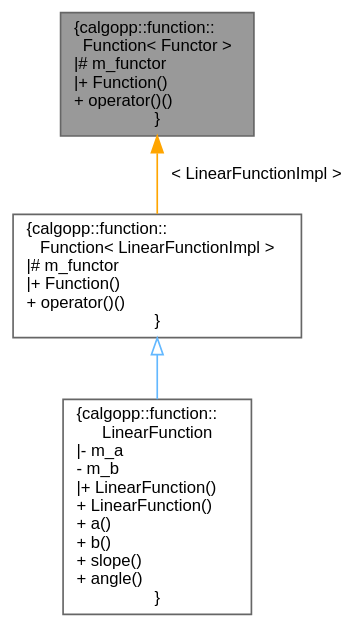
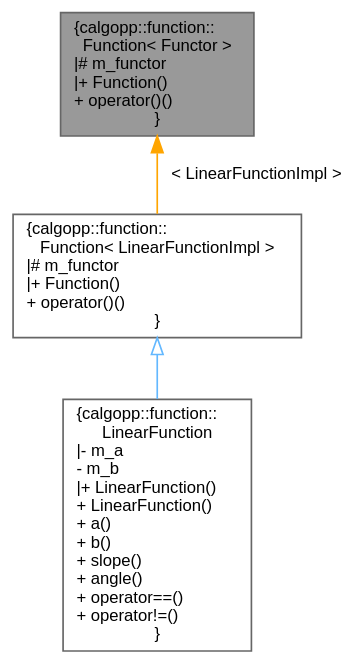
Before and after one commit to pawelekg95/algopp: the diagram in classcalgopp_1_1function_1_1Function__inherit__graph.dot, drawn with Graphviz. The commit also changed 10 other files, not shown here.

```diff
--- a/classcalgopp_1_1function_1_1Function__inherit__graph.dot
+++ b/classcalgopp_1_1function_1_1Function__inherit__graph.dot
@@ -1,12 +1,12 @@
 digraph "calgopp::function::Function&lt; Functor &gt;"
 {
  // LATEX_PDF_SIZE
   bgcolor="transparent";
   edge [fontname=Helvetica,fontsize=10,labelfontname=Helvetica,labelfontsize=10];
   node [fontname=Helvetica,fontsize=10,shape=box,height=0.2,width=0.4];
   Node1 [label="{calgopp::function::\lFunction\< Functor \>\n|# m_functor\l|+ Function()\l+ operator()()\l}",height=0.2,width=0.4,color="gray40", fillcolor="grey60", style="filled", fontcolor="black",tooltip=" "];
   Node1 -> Node2 [dir="back",color="orange",style="solid",label=" \< LinearFunctionImpl \>" ];
   Node2 [label="{calgopp::function::\lFunction\< LinearFunctionImpl \>\n|# m_functor\l|+ Function()\l+ operator()()\l}",height=0.2,width=0.4,color="gray40", fillcolor="white", style="filled",URL="$classcalgopp_1_1function_1_1Function.html",tooltip=" "];
   Node2 -> Node3 [dir="back",color="steelblue1",style="solid",arrowtail="onormal"];
-  Node3 [label="{calgopp::function::\lLinearFunction\n|- m_a\l- m_b\l|+ LinearFunction()\l+ LinearFunction()\l+ a()\l+ b()\l+ slope()\l+ angle()\l}",height=0.2,width=0.4,color="gray40", fillcolor="white", style="filled",URL="$classcalgopp_1_1function_1_1LinearFunction.html",tooltip=" "];
+  Node3 [label="{calgopp::function::\lLinearFunction\n|- m_a\l- m_b\l|+ LinearFunction()\l+ LinearFunction()\l+ a()\l+ b()\l+ slope()\l+ angle()\l+ operator==()\l+ operator!=()\l}",height=0.2,width=0.4,color="gray40", fillcolor="white", style="filled",URL="$classcalgopp_1_1function_1_1LinearFunction.html",tooltip=" "];
 }
```
